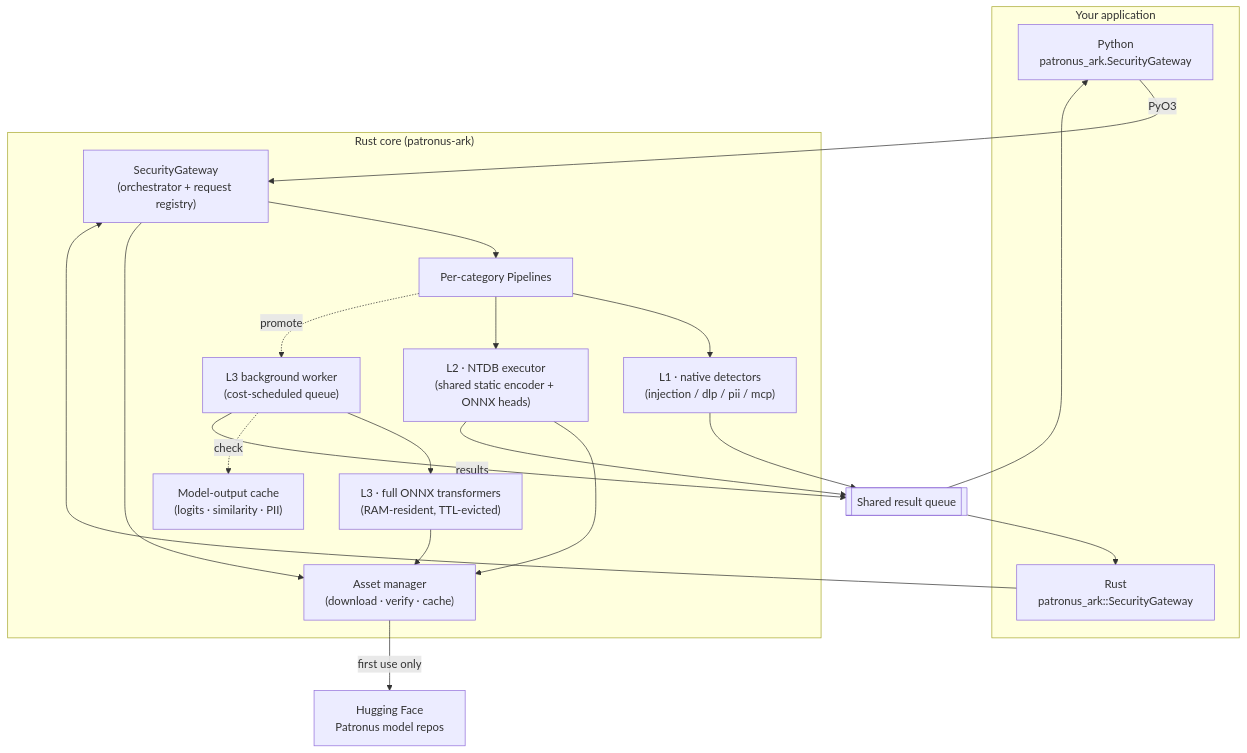
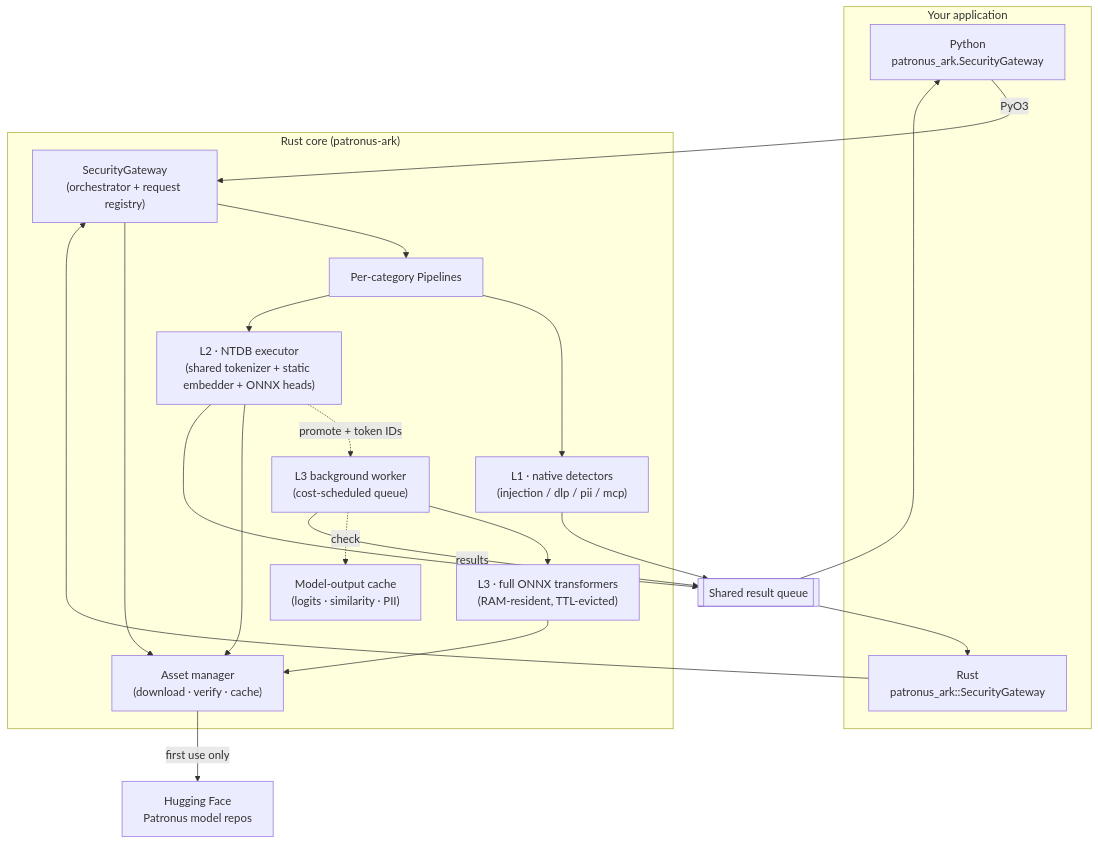
The first of 2 diagrams in docs/concepts/architecture.md (patronus-protect/patronus-security), drawn with Mermaid before and after one commit. The commit also changed other lines of this file and 20 other files, not shown here.

````diff
--- a/docs/concepts/architecture.md
+++ b/docs/concepts/architecture.md
@@ -13,30 +13,30 @@
 ```mermaid
 flowchart TB
     subgraph client["Your application"]
         Py["Python<br/>patronus_ark.SecurityGateway"]
         Rs["Rust<br/>patronus_ark::SecurityGateway"]
     end
 
     Py -->|PyO3| GW
     Rs --> GW
 
     subgraph core["Rust core (patronus-ark)"]
         GW["SecurityGateway<br/>(orchestrator + request registry)"]
         GW --> PIPE["Per-category Pipelines"]
         PIPE --> L1["L1 · native detectors<br/>(injection / dlp / pii / mcp)"]
-        PIPE --> L2["L2 · NTDB executor<br/>(shared static encoder + ONNX heads)"]
-        PIPE -.promote.-> WORKER["L3 background worker<br/>(cost-scheduled queue)"]
+        PIPE --> L2["L2 · NTDB executor<br/>(shared tokenizer + static embedder + ONNX heads)"]
+        L2 -.promote + token IDs.-> WORKER["L3 background worker<br/>(cost-scheduled queue)"]
         WORKER --> L3["L3 · full ONNX transformers<br/>(RAM-resident, TTL-evicted)"]
         WORKER -.check.-> CACHE["Model-output cache<br/>(logits · similarity · PII)"]
         GW --> ASSETS["Asset manager<br/>(download · verify · cache)"]
         L2 --> ASSETS
         L3 --> ASSETS
     end
 
     ASSETS -->|first use only| HF["Hugging Face<br/>Patronus model repos"]
     WORKER -->|results| QUEUE[["Shared result queue"]]
     L1 --> QUEUE
     L2 --> QUEUE
     QUEUE --> Py
     QUEUE --> Rs
 ```
````
